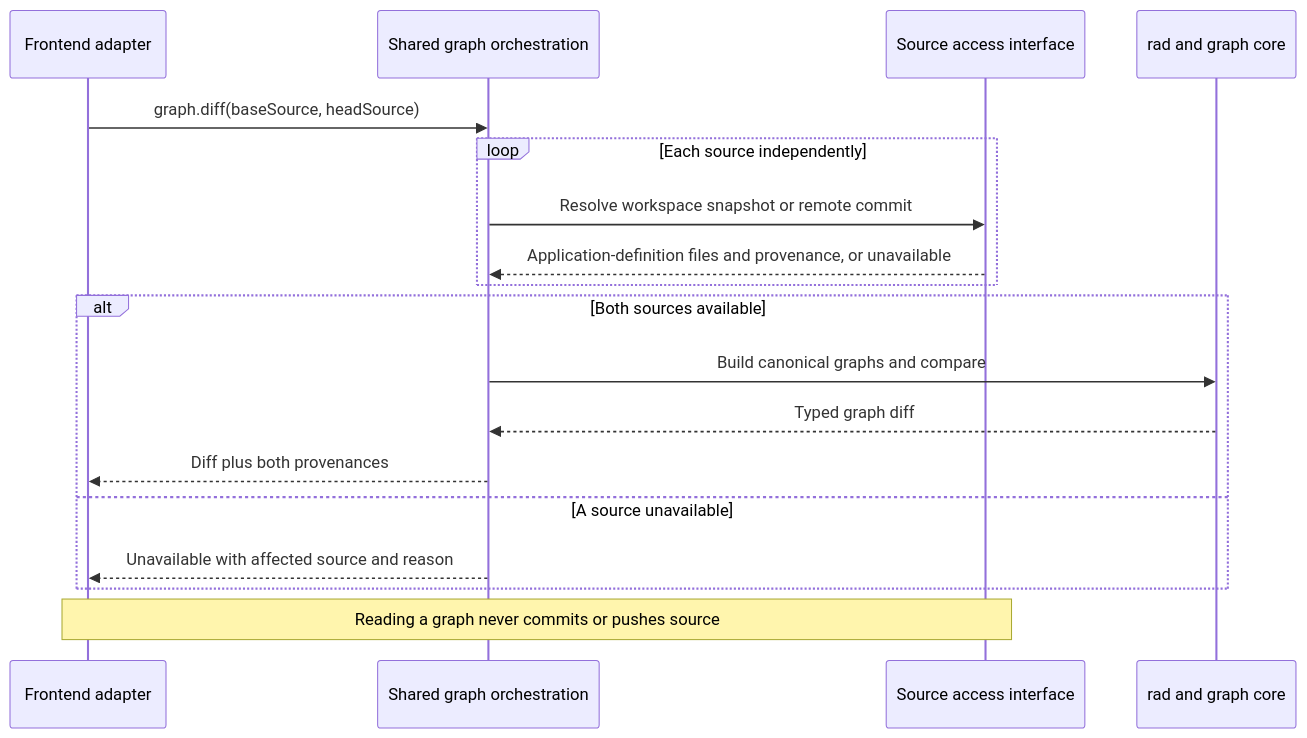
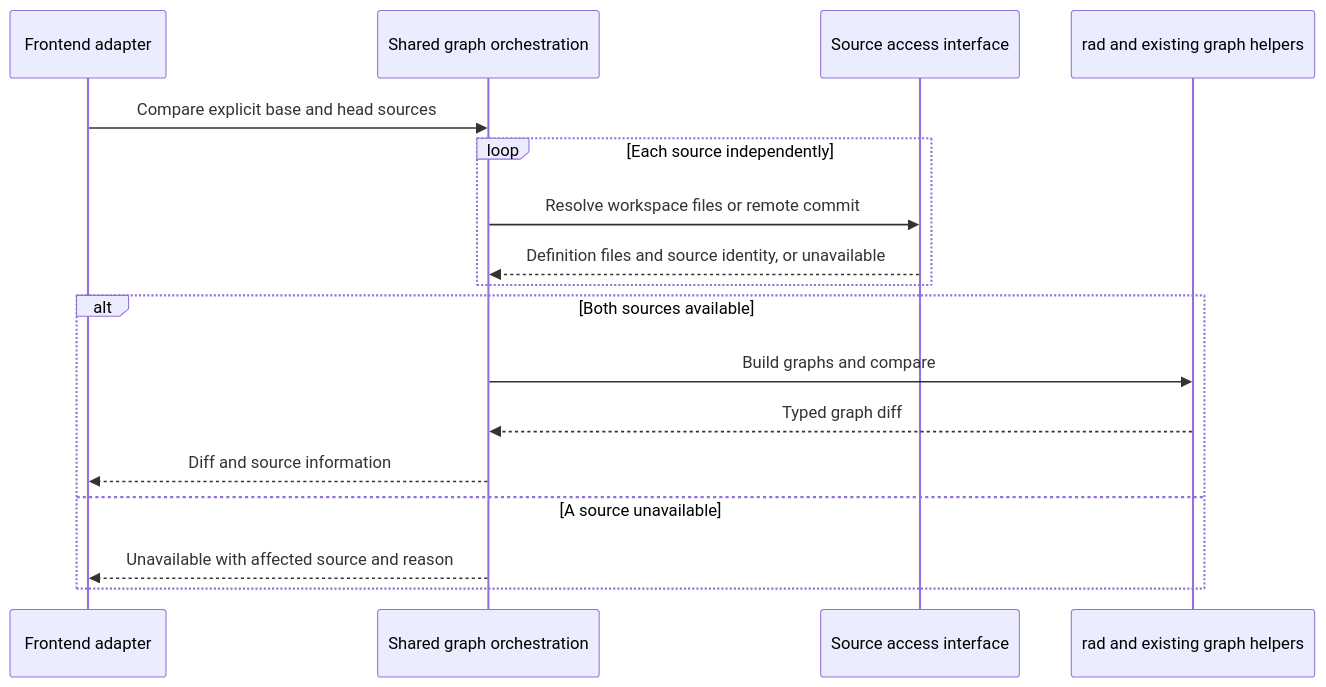
The fourth of 4 diagrams in docs/architecture/repo-radius.md (radius-project/radius), drawn with Mermaid before and after one commit. The commit also changed other lines of this file and 1 other file, not shown here.

````diff
--- a/docs/architecture/repo-radius.md
+++ b/docs/architecture/repo-radius.md
@@ -310,20 +199,19 @@
 ```mermaid
 sequenceDiagram
     participant F as Frontend adapter
-    participant S as Shared graph orchestration
-    participant R as Source access interface
-    participant G as rad and graph core
-    F->>S: graph.diff(baseSource, headSource)
+    participant L as Shared graph orchestration
+    participant S as Source access interface
+    participant G as rad and existing graph helpers
+    F->>L: Compare explicit base and head sources
     loop Each source independently
-        S->>R: Resolve workspace snapshot or remote commit
-        R-->>S: Application-definition files and provenance, or unavailable
+        L->>S: Resolve workspace files or remote commit
+        S-->>L: Definition files and source identity, or unavailable
     end
     alt Both sources available
-        S->>G: Build canonical graphs and compare
-        G-->>S: Typed graph diff
-        S-->>F: Diff plus both provenances
+        L->>G: Build graphs and compare
+        G-->>L: Typed graph diff
+        L-->>F: Diff and source information
     else A source unavailable
-        S-->>F: Unavailable with affected source and reason
+        L-->>F: Unavailable with affected source and reason
     end
-    Note over F,R: Reading a graph never commits or pushes source
 ```
````
